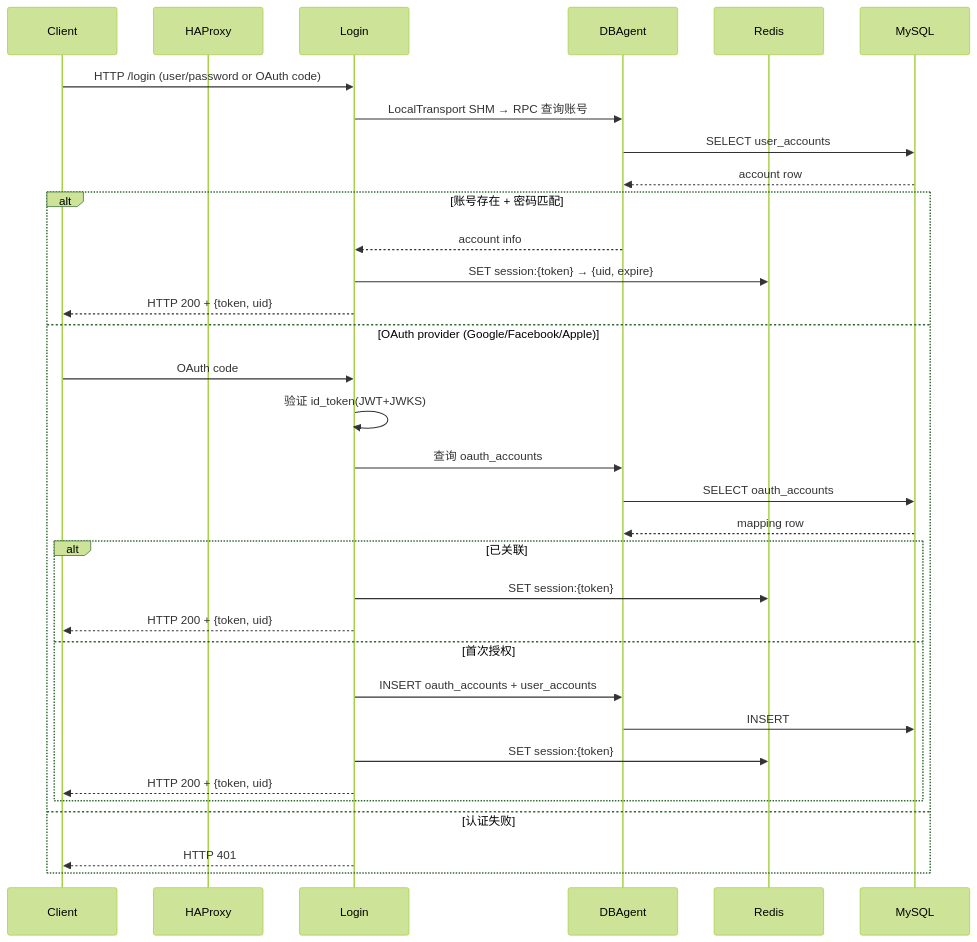
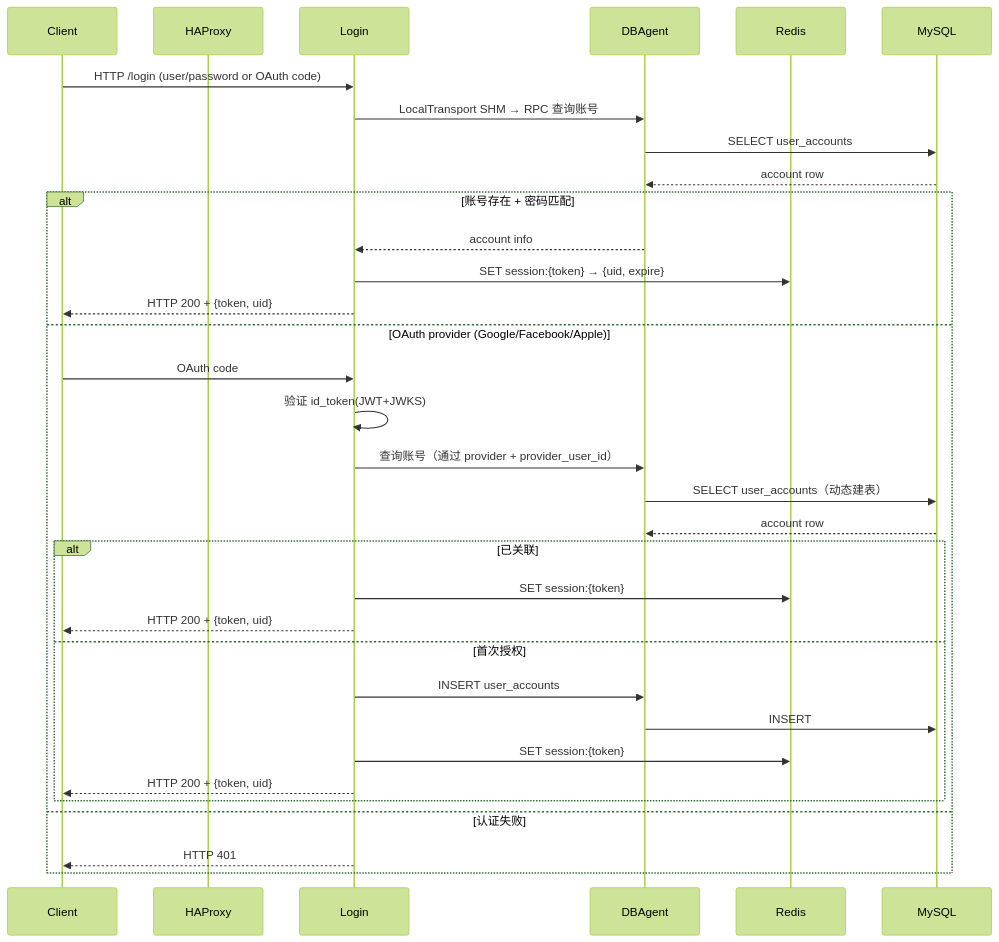
One commit to ysx-cpp/distributed-server-framework changed the second of 6 diagrams in architecture/architecture_design.md. Above: the diagram before and after it, drawn with Mermaid (forest theme). The commit also changed other lines of this file and 4 other files, not shown here.

````diff
--- a/architecture/architecture_design.md
+++ b/architecture/architecture_design.md
@@ -766,36 +910,36 @@
 ```mermaid
 sequenceDiagram
     participant Client
     participant HAProxy
     participant Login
     participant DBAgent
     participant Redis
     participant MySQL
 
     Client->>Login: HTTP /login (user/password or OAuth code)
     Login->>DBAgent: LocalTransport SHM → RPC 查询账号
     DBAgent->>MySQL: SELECT user_accounts
     MySQL-->>DBAgent: account row
     alt 账号存在 + 密码匹配
         DBAgent-->>Login: account info
         Login->>Redis: SET session:{token} → {uid, expire}
         Login-->>Client: HTTP 200 + {token, uid}
     else OAuth provider (Google/Facebook/Apple)
         Client->>Login: OAuth code
         Login->>Login: 验证 id_token(JWT+JWKS)
-        Login->>DBAgent: 查询 oauth_accounts
-        DBAgent->>MySQL: SELECT oauth_accounts
-        MySQL-->>DBAgent: mapping row
+        Login->>DBAgent: 查询账号（通过 provider + provider_user_id）
+        DBAgent->>MySQL: SELECT user_accounts（动态建表）
+        MySQL-->>DBAgent: account row
         alt 已关联
             Login->>Redis: SET session:{token}
             Login-->>Client: HTTP 200 + {token, uid}
         else 首次授权
-            Login->>DBAgent: INSERT oauth_accounts + user_accounts
+            Login->>DBAgent: INSERT user_accounts
             DBAgent->>MySQL: INSERT
             Login->>Redis: SET session:{token}
             Login-->>Client: HTTP 200 + {token, uid}
         end
     else 认证失败
         Login-->>Client: HTTP 401
     end
 ```
````
